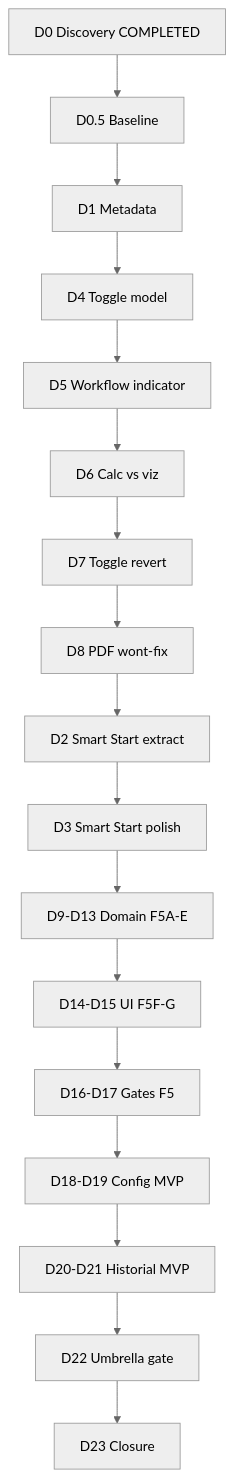
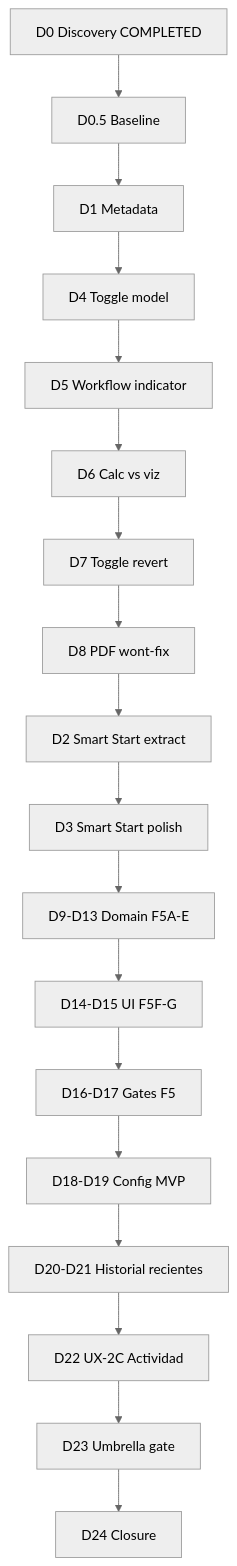
The diagram in PROJECT_PLAN_PROD_2D.md (ssalguero/scientific-graph-ai), drawn with Mermaid (neutral theme) before and after one commit. The commit also changed other lines of this file and 24 other files, not shown here.

````diff
--- a/PROJECT_PLAN_PROD_2D.md
+++ b/PROJECT_PLAN_PROD_2D.md
@@ -341,23 +357,24 @@
 ```mermaid
 flowchart TD
   D0[D0 Discovery COMPLETED]
   D05[D0.5 Baseline]
   D1[D1 Metadata]
   D4[D4 Toggle model]
   D5[D5 Workflow indicator]
   D6[D6 Calc vs viz]
   D7[D7 Toggle revert]
   D8[D8 PDF wont-fix]
   D2[D2 Smart Start extract]
   D3[D3 Smart Start polish]
   D9[D9-D13 Domain F5A-E]
   D14[D14-D15 UI F5F-G]
   D16[D16-D17 Gates F5]
   D18[D18-D19 Config MVP]
-  D20[D20-D21 Historial MVP]
-  D22[D22 Umbrella gate]
-  D23[D23 Closure]
+  D20[D20-D21 Historial recientes]
+  D22[D22 UX-2C Actividad]
+  D23[D23 Umbrella gate]
+  D24[D24 Closure]
   D0 --> D05 --> D1 --> D4 --> D5 --> D6 --> D7 --> D8
   D8 --> D2 --> D3 --> D9 --> D14 --> D16
-  D16 --> D18 --> D20 --> D22 --> D23
+  D16 --> D18 --> D20 --> D22 --> D23 --> D24
 ```
````
